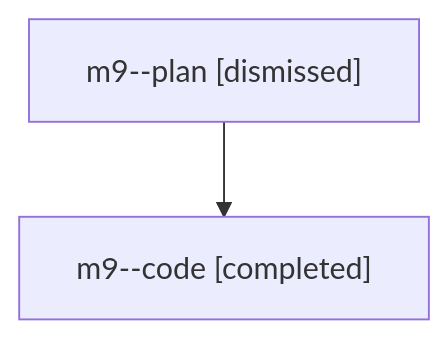
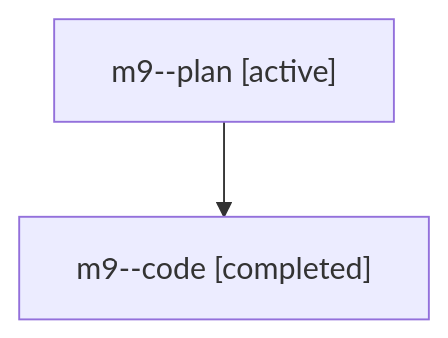
The diagram in families/bbugyi200.athena.m9.md (sase-org/sase--agents), drawn with Mermaid before and after one commit. The commit also changed other lines of this file and 5813 other files, not shown here.

````diff
--- a/families/bbugyi200.athena.m9.md
+++ b/families/bbugyi200.athena.m9.md
@@ -9,6 +9,6 @@
 ```mermaid
 flowchart TD
-  n0["m9--plan [dismissed]"]
+  n0["m9--plan [active]"]
   n1["m9--code [completed]"]
   n0 --> n1
 ```
````
